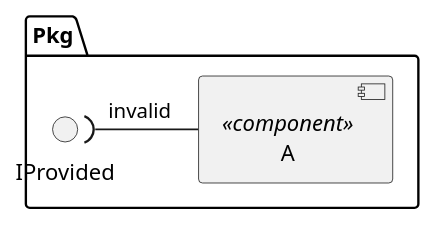
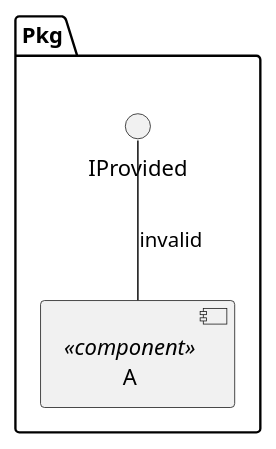
The diagram in plantuml/parser/integration_test/component_diagram/invalid_interface_left_decorator/invalid_interface_left_decorator.puml (eclipse-score/tooling), drawn with PlantUML before and after one commit. The commit also changed 69 other files, not shown here.

First line of the commit message:
fix(plantuml): recognize bare-dash provided interface bindings

```diff
--- a/plantuml/parser/integration_test/component_diagram/invalid_interface_left_decorator/invalid_interface_left_decorator.puml
+++ b/plantuml/parser/integration_test/component_diagram/invalid_interface_left_decorator/invalid_interface_left_decorator.puml
@@ -13,10 +13,10 @@
 @startuml
 
 package "Pkg" as Pkg {
     interface "IProvided" as IProvided
     component "A" as A <<component>>
 
-    IProvided )- A : invalid
+    IProvided --() A : invalid
 }
 
 @enduml
```
